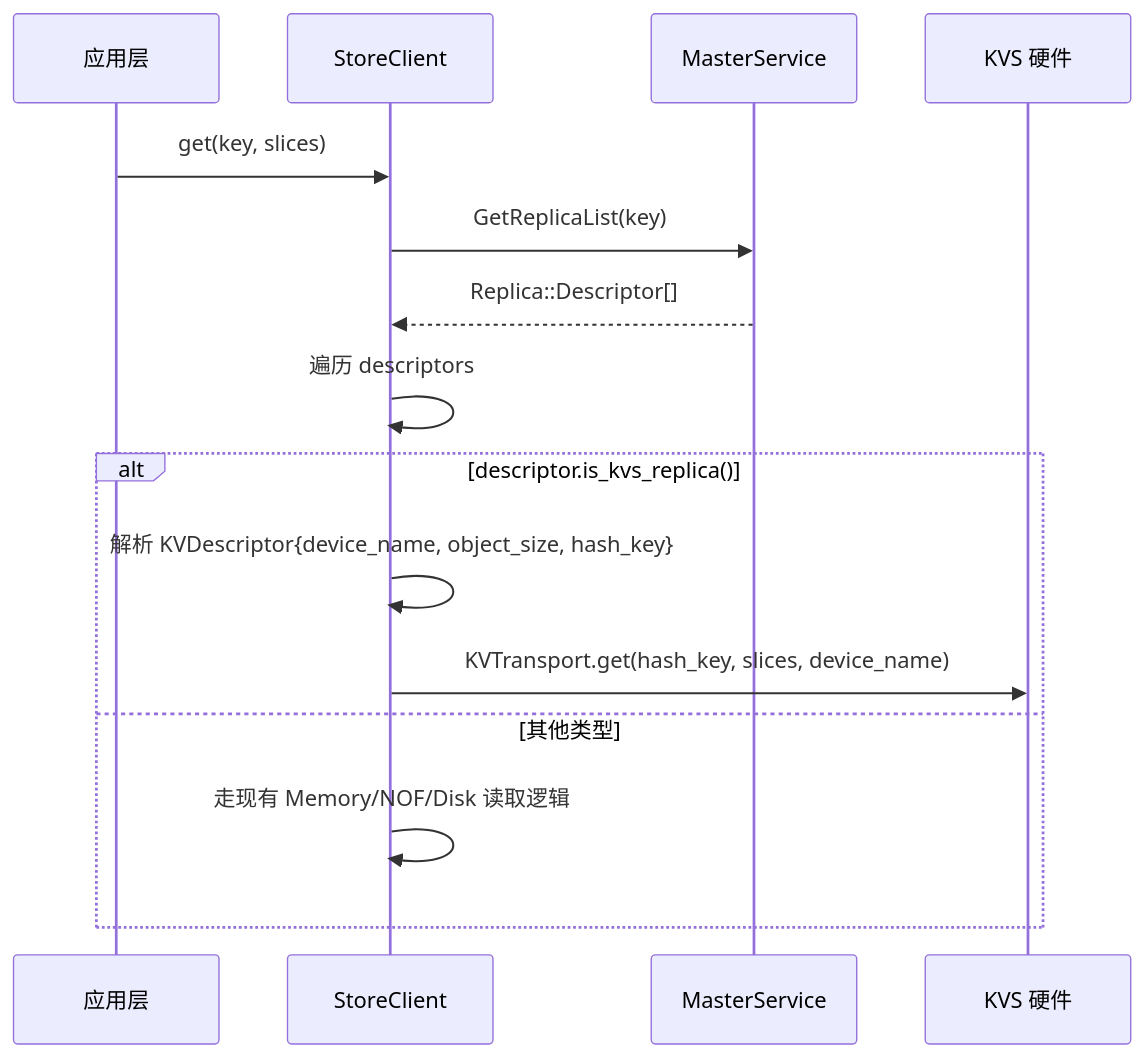
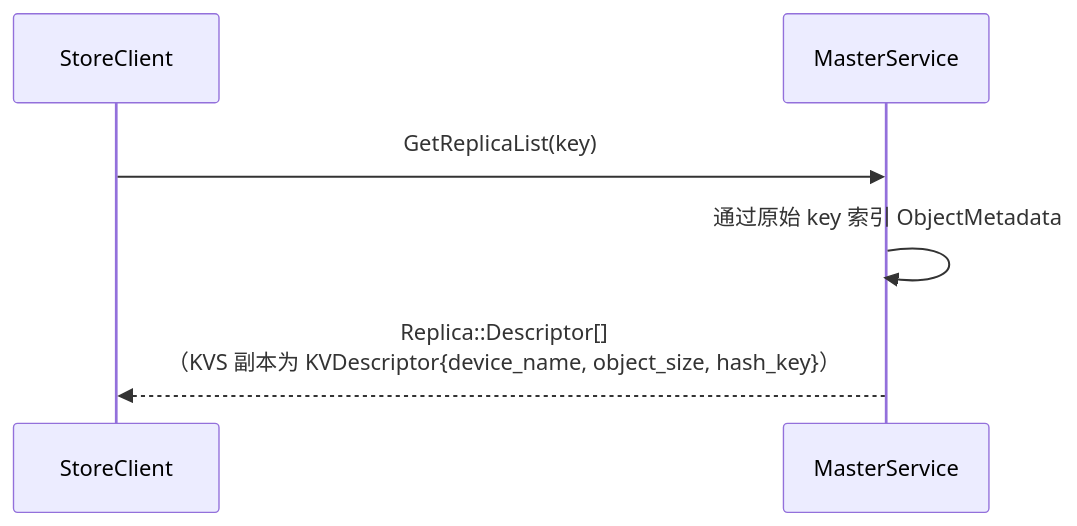
The ninth of 20 diagrams in mooncake-store/docs/KVUSegment_design.md (yz53665/Mooncake), drawn with Mermaid before and after one commit. The commit also changed other lines of this file, not shown here.

````diff
--- a/mooncake-store/docs/KVUSegment_design.md
+++ b/mooncake-store/docs/KVUSegment_design.md
@@ -473,19 +480,9 @@
 ```mermaid
 sequenceDiagram
-    participant App as 应用层
     participant Client as StoreClient
     participant MS as MasterService
-    participant KVS as KVS 硬件
 
-    App->>Client: get(key, slices)
     Client->>MS: GetReplicaList(key)
-    MS-->>Client: Replica::Descriptor[]
-
-    Client->>Client: 遍历 descriptors
-    alt descriptor.is_kvs_replica()
-        Client->>Client: 解析 KVDescriptor{device_name, object_size, hash_key}
-        Client->>KVS: KVTransport.get(hash_key, slices, device_name)
-    else 其他类型
-        Client->>Client: 走现有 Memory/NOF/Disk 读取逻辑
-    end
+    MS->>MS: 通过原始 key 索引 ObjectMetadata
+    MS-->>Client: Replica::Descriptor[]<br/>（KVS 副本为 KVDescriptor{device_name, object_size, hash_key}）
 ```
````
